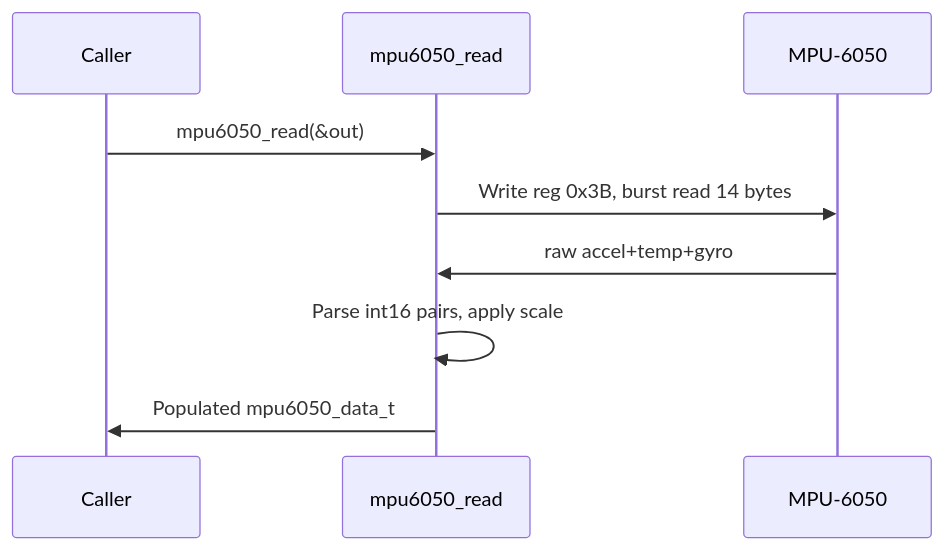
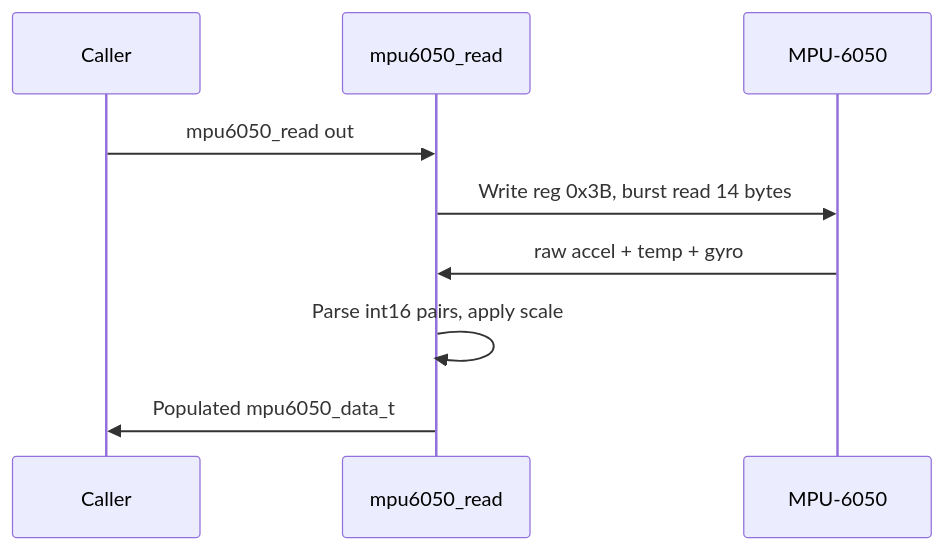
Before and after one commit to MYP-Tech/smart-goat-health-band: the second of 4 diagrams in docs/04_MODULE_REFERENCE.md, drawn with Mermaid. The commit also changed other lines of this file and 6 other files, not shown here.

````diff
--- a/docs/04_MODULE_REFERENCE.md
+++ b/docs/04_MODULE_REFERENCE.md
@@ -105,11 +144,11 @@
 ```mermaid
 sequenceDiagram
     participant APP as Caller
     participant DRV as mpu6050_read
     participant MPU as MPU-6050
-    APP->>DRV: mpu6050_read(&out)
+    APP->>DRV: mpu6050_read out
     DRV->>MPU: Write reg 0x3B, burst read 14 bytes
-    MPU->>DRV: raw accel+temp+gyro
+    MPU->>DRV: raw accel + temp + gyro
     DRV->>DRV: Parse int16 pairs, apply scale
     DRV->>APP: Populated mpu6050_data_t
 ```
````
